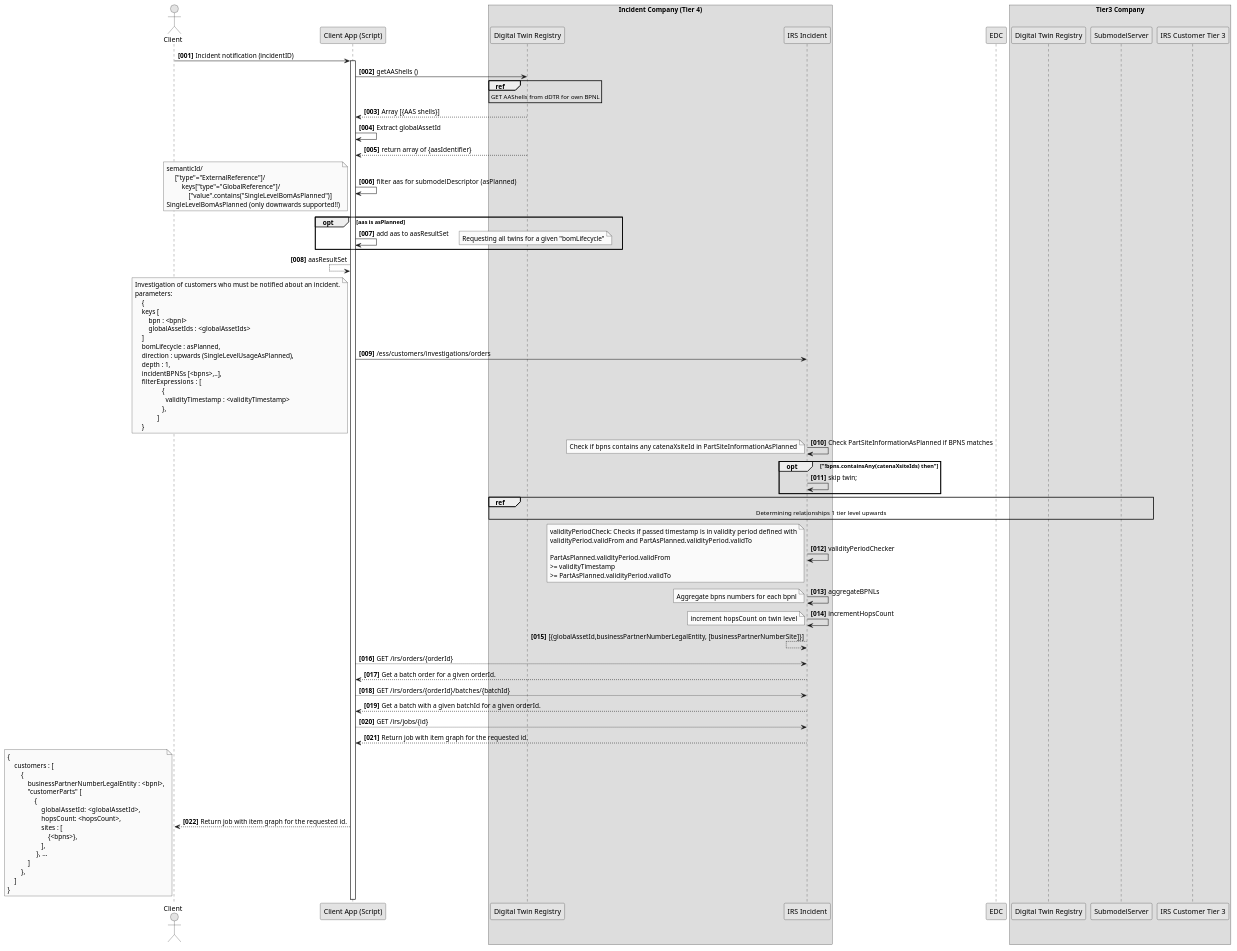
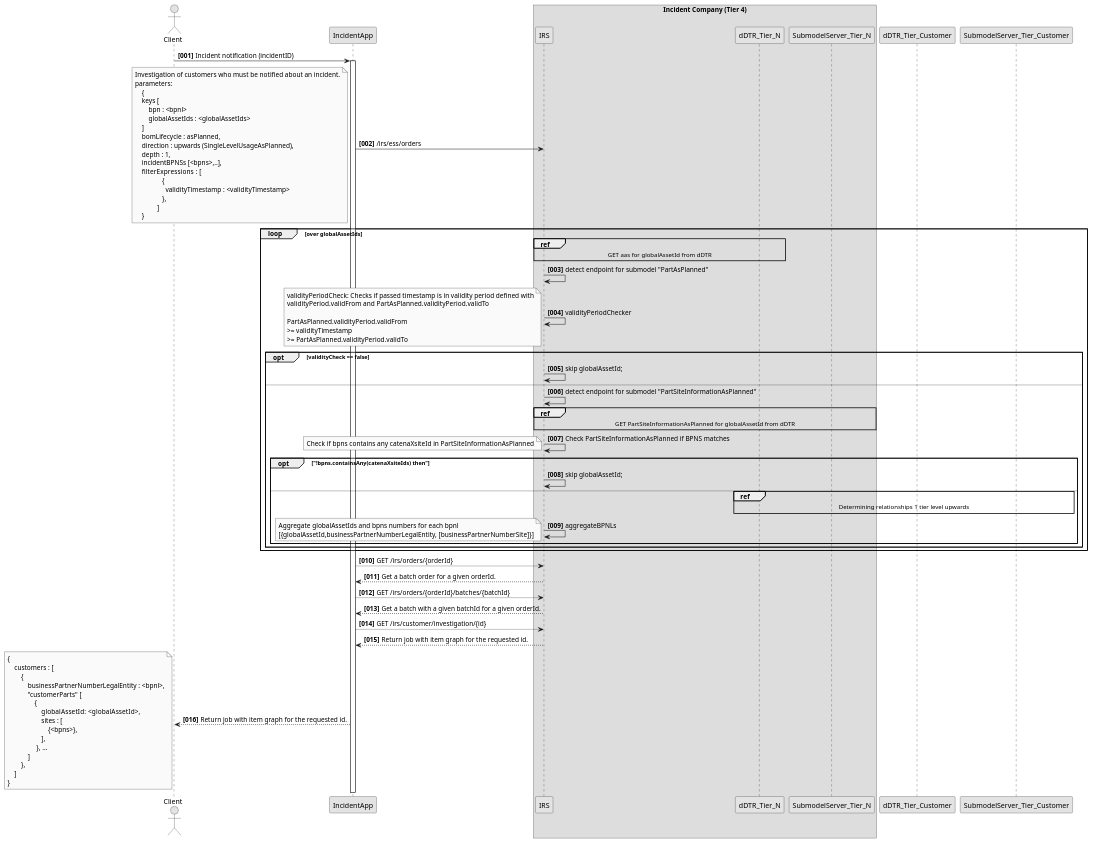
The diagram in docs/src/uml-diagrams/irs-recursive/ess-bottom-up/sequence/ess-bottom-up-sequence-originator-highlevel.puml (eclipse-tractusx/item-relationship-service), drawn with PlantUML before and after one commit. The commit also changed 2 other files, not shown here.

Commit message:
fix(diagram):[TRI-1715] Remove hops count as not needed

```diff
--- a/docs/src/uml-diagrams/irs-recursive/ess-bottom-up/sequence/ess-bottom-up-sequence-originator-highlevel.puml
+++ b/docs/src/uml-diagrams/irs-recursive/ess-bottom-up/sequence/ess-bottom-up-sequence-originator-highlevel.puml
@@ -1,145 +1,110 @@
 @startuml
 skinparam monochrome true
 skinparam shadowing false
 skinparam defaultFontName "Architects daughter"
 
 autonumber "<b>[000]"
 
 actor "Client" as User
 
-participant "Client App (Script)" as ClientApp
+
+User -> IncidentApp : Incident notification (incidentID)
+activate IncidentApp
 
 box Incident Company (Tier 4)
-participant "Digital Twin Registry" as dDTR_Tier_N
-participant "IRS Incident" as IRS_Tier_N
+participant "IRS" as IRS_Tier_N
+participant "dDTR_Tier_N" as dDTR_Tier_N
+participant "SubmodelServer_Tier_N" as SubmodelServer_Tier_N
 end box
 
-participant EDC
-
-box Tier3 Company
-participant "Digital Twin Registry" as dDTR_Tier_3
-participant "SubmodelServer" as SubmodelServer_Tier_3
-participant "IRS Customer Tier 3" as IRS_Tier_3
-end box
-
-
-User -> ClientApp : Incident notification (incidentID)
-activate ClientApp
-
-ClientApp -> dDTR_Tier_N : getAAShells ()
-ref over dDTR_Tier_N
-    GET AAShells from dDTR for own BPNL
-end ref
-ClientApp <-- dDTR_Tier_N : Array [{AAS shells}]
-
-ClientApp -> ClientApp : Extract globalAssetId
-
-
-ClientApp <-- dDTR_Tier_N : return array of {aasIdentifier}
-
-ClientApp -> ClientApp :  filter aas for submodelDescriptor  (asPlanned)
-        note left
-               semanticId/
-                    ["type"="ExternalReference"]/
-                        keys["type"="GlobalReference"]/
-                            ["value".contains("SingleLevelBomAsPlanned")]
-               SingleLevelBomAsPlanned (only downwards supported!!)
-        end note
-
-opt aas is asPlanned
-
-     ClientApp -> ClientApp : add aas to aasResultSet
-     note right
-                 Requesting all twins for a given "bomLifecycle"
-     end note
-
-end opt
-
-ClientApp <-- ClientApp : aasResultSet
-
-
-ClientApp -> IRS_Tier_N : /ess/customers/investigations/orders
+IncidentApp -> IRS_Tier_N : /irs/ess/orders
     note left
         Investigation of customers who must be notified about an incident.
         parameters:
             {
             keys [
                 bpn : <bpnl>
                 globalAssetIds : <globalAssetIds>
             ]
             bomLifecycle : asPlanned,
             direction : upwards (SingleLevelUsageAsPlanned),
             depth : 1,
             incidentBPNSs [<bpns>,..],
             filterExpressions :  [
                         {
                           validityTimestamp : <validityTimestamp>
                         },
                      ]
             }
     end note
 
-    IRS_Tier_N -> IRS_Tier_N : Check PartSiteInformationAsPlanned if BPNS matches
-    note left
-        Check if bpns contains any catenaXsiteId  in PartSiteInformationAsPlanned
-    end note
-    opt "!bpns.containsAny(catenaXsiteIds) then"
-        IRS_Tier_N -> IRS_Tier_N : skip twin;
-    end
+    loop over globalAssetIds
+            ref over IRS_Tier_N, dDTR_Tier_N
+                GET aas for globalAssetId from dDTR
+            end ref
+            IRS_Tier_N -> IRS_Tier_N : detect endpoint for submodel "PartAsPlanned"
+            IRS_Tier_N -> IRS_Tier_N : validityPeriodChecker
+                             note left
+                                 validityPeriodCheck: Checks if passed timestamp is in validity period defined with
+                                 validityPeriod.validFrom and  PartAsPlanned.validityPeriod.validTo
 
-    ref over dDTR_Tier_N, dDTR_Tier_3, SubmodelServer_Tier_3
-        Determining relationships 1 tier level upwards
-    end ref
+                                 PartAsPlanned.validityPeriod.validFrom
+                                 >= validityTimestamp
+                                 >= PartAsPlanned.validityPeriod.validTo
+                             end note
+            opt validityCheck == false
+                IRS_Tier_N -> IRS_Tier_N : skip globalAssetId;
+            else
+                IRS_Tier_N -> IRS_Tier_N : detect endpoint for submodel "PartSiteInformationAsPlanned"
+                ref over IRS_Tier_N, SubmodelServer_Tier_N
+                     GET PartSiteInformationAsPlanned for globalAssetId from dDTR
+                end ref
+                IRS_Tier_N -> IRS_Tier_N : Check PartSiteInformationAsPlanned if BPNS matches
+                note left
+                    Check if bpns contains any catenaXsiteId  in PartSiteInformationAsPlanned
+                end note
+                opt "!bpns.containsAny(catenaXsiteIds) then"
+                    IRS_Tier_N -> IRS_Tier_N : skip globalAssetId;
+                else
 
-    IRS_Tier_N -> IRS_Tier_N : validityPeriodChecker
-    note left
-        validityPeriodCheck: Checks if passed timestamp is in validity period defined with
-        validityPeriod.validFrom and  PartAsPlanned.validityPeriod.validTo
-
-        PartAsPlanned.validityPeriod.validFrom
-        >= validityTimestamp
-        >= PartAsPlanned.validityPeriod.validTo
-    end note
-
-    IRS_Tier_N -> IRS_Tier_N : aggregateBPNLs
-    note left
-        Aggregate bpns numbers for each bpnl
-    end note
-    IRS_Tier_N -> IRS_Tier_N : incrementHopsCount
-        note left
-            increment hopsCount on twin level
-        end note
-
-
-    IRS_Tier_N <-- IRS_Tier_N : [{globalAssetId,businessPartnerNumberLegalEntity, [businessPartnerNumberSite]}]
+                     ref over dDTR_Tier_N, dDTR_Tier_Customer, SubmodelServer_Tier_Customer
+                         Determining relationships 1 tier level upwards
+                     end ref
 
 
 
+                     IRS_Tier_N -> IRS_Tier_N : aggregateBPNLs
+                        note left
+                            Aggregate globalAssetIds and bpns numbers for each bpnl
+                            [{globalAssetId,businessPartnerNumberLegalEntity, [businessPartnerNumberSite]}]
+                        end note
+                end opt
+            end opt
+    end loop
 
-    ClientApp --> IRS_Tier_N : GET /irs/orders/{orderId}
-    ClientApp <-- IRS_Tier_N : Get a batch order for a given orderId.
-    ClientApp --> IRS_Tier_N : GET /irs/orders/{orderId}/batches/{batchId}
-    ClientApp <-- IRS_Tier_N : Get a batch with a given batchId for a given orderId.
-    ClientApp --> IRS_Tier_N : GET /irs/jobs/{id}
-    ClientApp <-- IRS_Tier_N : Return job with item graph for the requested id.
-    User <-- ClientApp : Return job with item graph for the requested id.
+    IncidentApp --> IRS_Tier_N : GET /irs/orders/{orderId}
+    IncidentApp <-- IRS_Tier_N : Get a batch order for a given orderId.
+    IncidentApp --> IRS_Tier_N : GET /irs/orders/{orderId}/batches/{batchId}
+    IncidentApp <-- IRS_Tier_N : Get a batch with a given batchId for a given orderId.
+    IncidentApp --> IRS_Tier_N : GET /irs/customer/investigation/{id}
+    IncidentApp <-- IRS_Tier_N : Return job with item graph for the requested id.
+    User <-- IncidentApp : Return job with item graph for the requested id.
       note left
             {
                 customers : [
                     {
                         businessPartnerNumberLegalEntity : <bpnl>,
                         "customerParts" [
                             {
                                 globalAssetId:   <globalAssetId>,
-                                hopsCount: <hopsCount>,
                                 sites : [
                                     {<bpns>},
                                 ],
                              }, ...
                         ]
                     },
                 ]
             }
         end note
 
 @enduml
```
